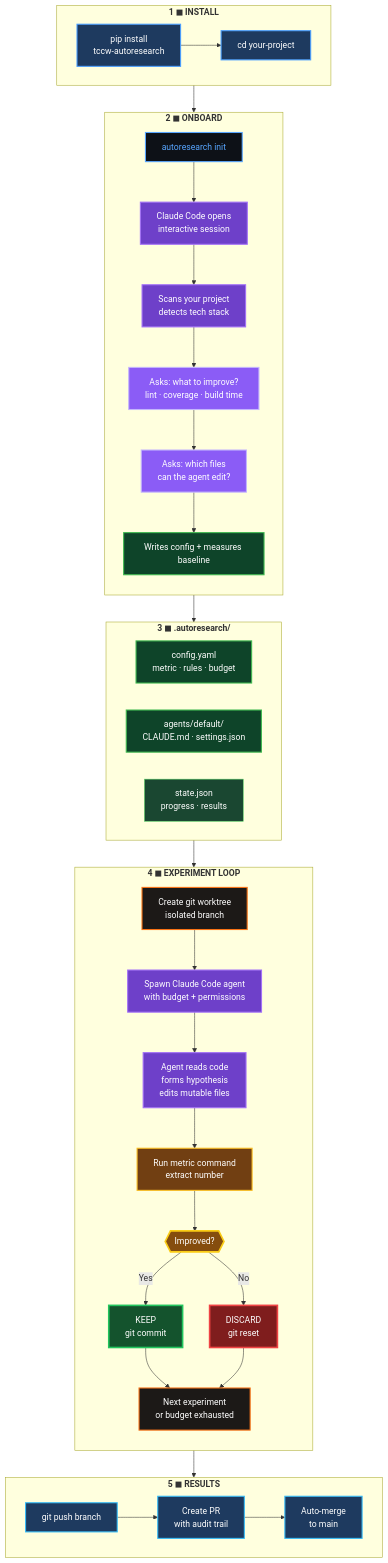
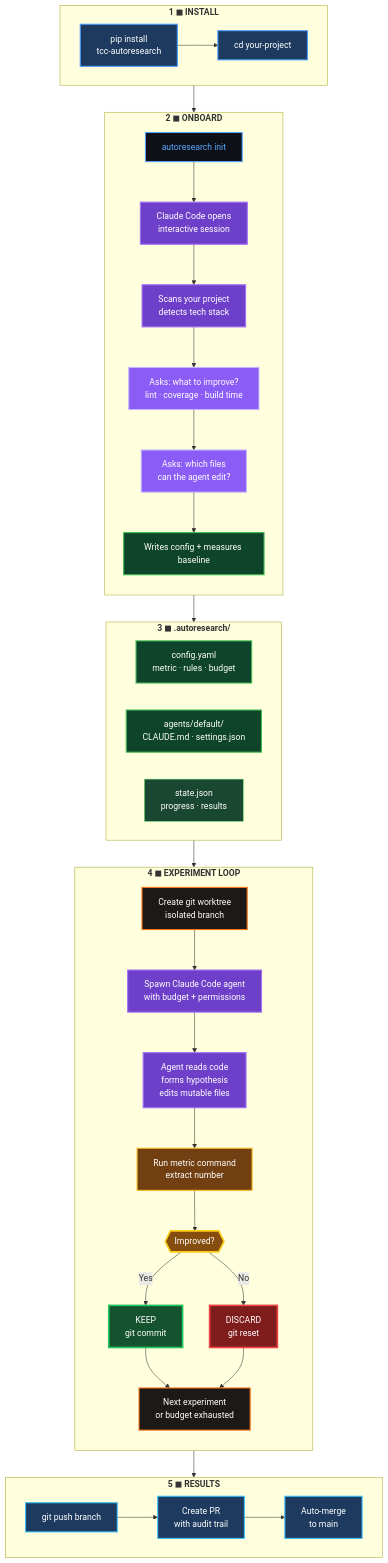
The diagram in README.md (The-Cloud-Clock-Work/tccw-autoresearch), drawn with Mermaid before and after one commit. The commit also changed other lines of this file and 11 other files, not shown here.

Commit message:
chore: rename tccw -> tcc across files

````diff
--- a/README.md
+++ b/README.md
@@ -23,69 +23,69 @@
 ```mermaid
 flowchart TD
     subgraph INSTALL["<b>1 ◼ INSTALL</b>"]
         direction LR
-        A1["pip install<br/>tccw-autoresearch"]:::install
+        A1["pip install<br/>tcc-autoresearch"]:::install
         A2["cd your-project"]:::install
         A1 --> A2
     end
 
     subgraph ONBOARD["<b>2 ◼ ONBOARD</b>"]
         direction TB
         B1["autoresearch init"]:::cmd
         B2["Claude Code opens<br/>interactive session"]:::claude
         B3["Scans your project<br/>detects tech stack"]:::claude
         B4["Asks: what to improve?<br/>lint · coverage · build time"]:::question
         B5["Asks: which files<br/>can the agent edit?"]:::question
         B6["Writes config + measures baseline"]:::config
         B1 --> B2 --> B3 --> B4 --> B5 --> B6
     end
 
     subgraph CONFIG["<b>3 ◼ .autoresearch/</b>"]
         direction LR
         C1["config.yaml<br/>metric · rules · budget"]:::config
         C2["agents/default/<br/>CLAUDE.md · settings.json"]:::config
         C3["state.json<br/>progress · results"]:::state
     end
 
     subgraph ENGINE["<b>4 ◼ EXPERIMENT LOOP</b>"]
         direction TB
         D1["Create git worktree<br/>isolated branch"]:::engine
         D2["Spawn Claude Code agent<br/>with budget + permissions"]:::claude
         D3["Agent reads code<br/>forms hypothesis<br/>edits mutable files"]:::claude
         D4["Run metric command<br/>extract number"]:::metric
         D5{{"Improved?"}}:::decision
         D6["KEEP<br/>git commit"]:::keep
         D7["DISCARD<br/>git reset"]:::discard
         D1 --> D2 --> D3 --> D4 --> D5
         D5 -->|"Yes"| D6
         D5 -->|"No"| D7
         D6 --> D8
         D7 --> D8["Next experiment<br/>or budget exhausted"]:::engine
     end
 
     subgraph PUBLISH["<b>5 ◼ RESULTS</b>"]
         direction LR
         E1["git push branch"]:::publish
         E2["Create PR<br/>with audit trail"]:::publish
         E3["Auto-merge<br/>to main"]:::publish
         E1 --> E2 --> E3
     end
 
     INSTALL --> ONBOARD
     ONBOARD --> CONFIG
     CONFIG --> ENGINE
     ENGINE --> PUBLISH
 
     classDef install fill:#1e3a5f,stroke:#4a9eff,color:#fff,stroke-width:2px
     classDef cmd fill:#0d1117,stroke:#58a6ff,color:#58a6ff,stroke-width:2px
     classDef claude fill:#6e40c9,stroke:#a371f7,color:#fff,stroke-width:2px
     classDef question fill:#8b5cf6,stroke:#c4b5fd,color:#fff,stroke-width:2px
     classDef config fill:#0e4429,stroke:#3fb950,color:#fff,stroke-width:2px
     classDef state fill:#1a4731,stroke:#56d364,color:#fff,stroke-width:1px
     classDef engine fill:#1c1917,stroke:#f97316,color:#fff,stroke-width:2px
     classDef metric fill:#713f12,stroke:#fbbf24,color:#fff,stroke-width:2px
     classDef decision fill:#854d0e,stroke:#facc15,color:#fff,stroke-width:3px
     classDef keep fill:#14532d,stroke:#22c55e,color:#fff,stroke-width:3px
     classDef discard fill:#7f1d1d,stroke:#ef4444,color:#fff,stroke-width:3px
     classDef publish fill:#1e3a5f,stroke:#38bdf8,color:#fff,stroke-width:2px
 ```
````
